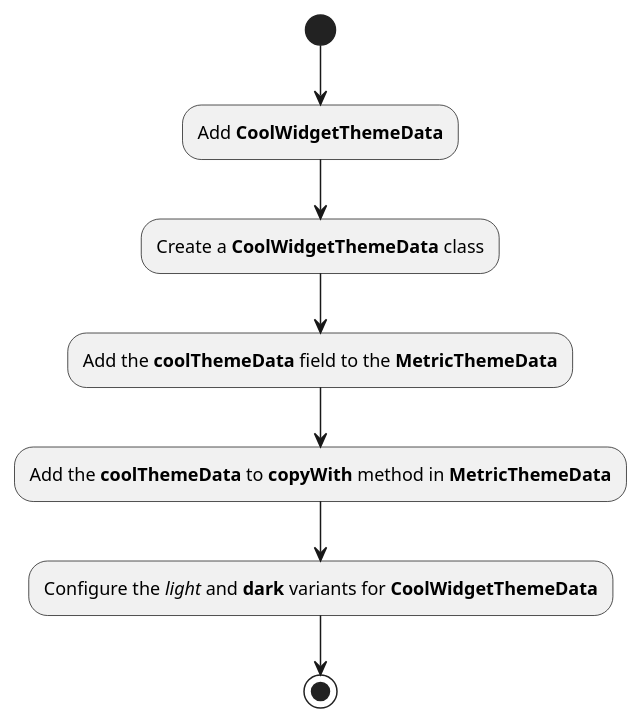
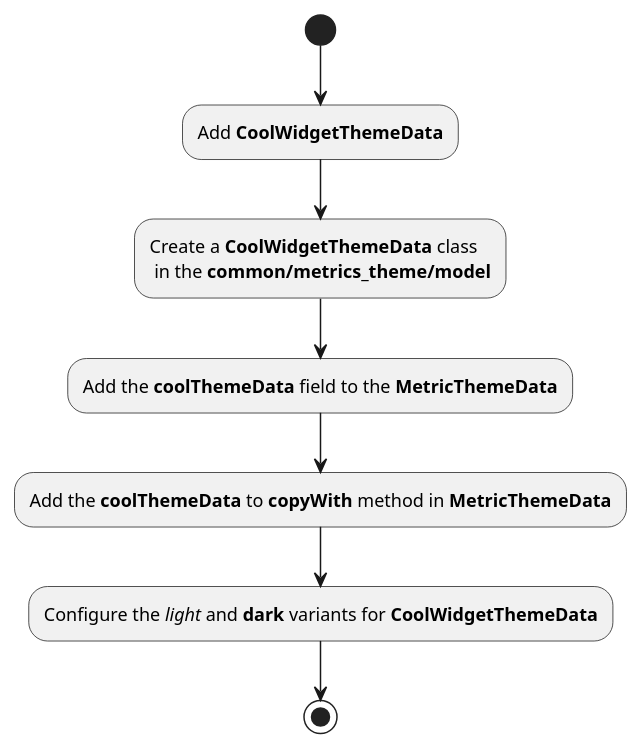
One commit to Flank/flank-dashboard changed the diagram in metrics/web/docs/diagrams/add_theme_data_diagram.puml. Above: the diagram before and after it, drawn with PlantUML. The commit also changed 8 other files, not shown here.

Commit message:
Improve widget structure doc according to discussions + new theme data structure

```diff
--- a/metrics/web/docs/diagrams/add_theme_data_diagram.puml
+++ b/metrics/web/docs/diagrams/add_theme_data_diagram.puml
@@ -1,8 +1,8 @@
 @startuml add_theme_data_diagram
 (*) --> "Add **CoolWidgetThemeData**"
---> "Create a **CoolWidgetThemeData** class"
+--> "Create a **CoolWidgetThemeData** class \n in the **common/metrics_theme/model**"
 --> "Add the **coolThemeData** field to the **MetricThemeData**"
 --> "Add the **coolThemeData** to **copyWith** method in **MetricThemeData**"
 --> "Configure the //light// and **dark** variants for **CoolWidgetThemeData**"
 --> (*)
 @enduml
```
